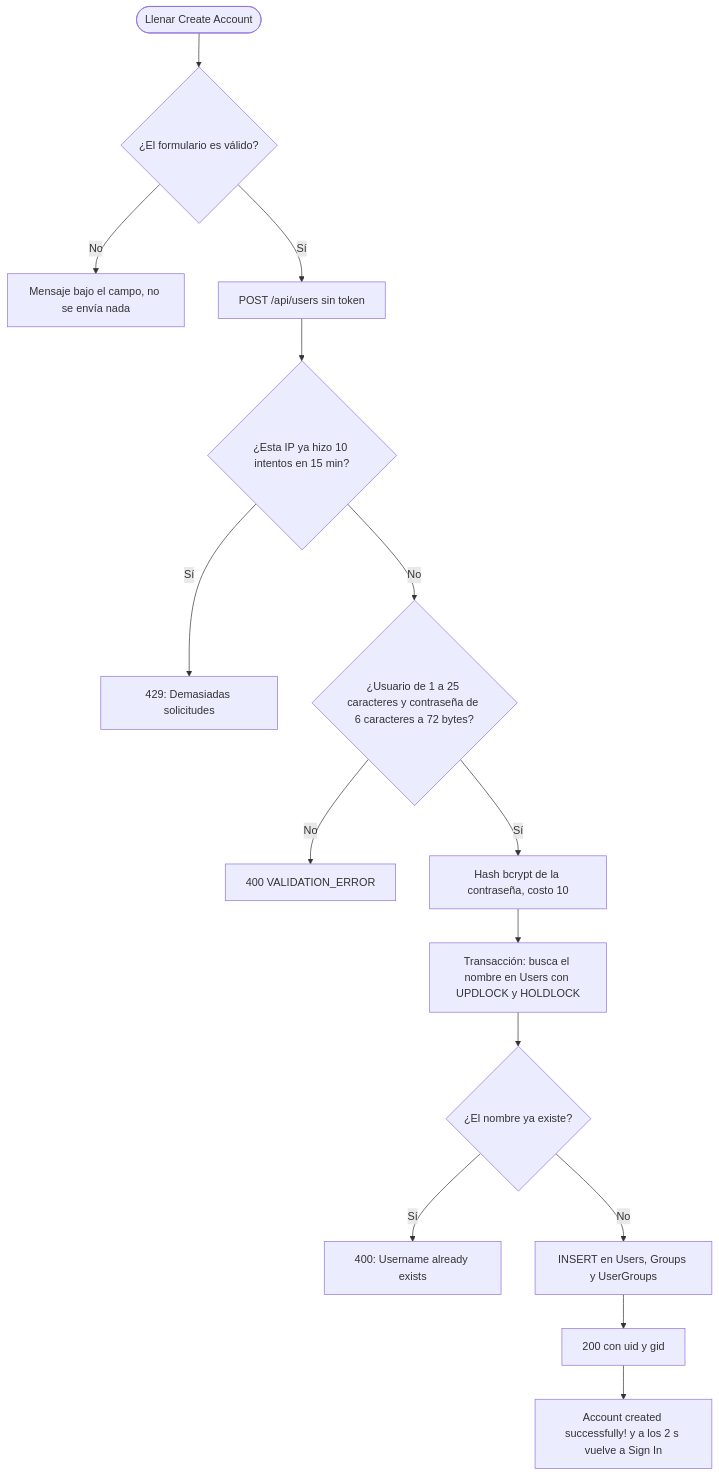
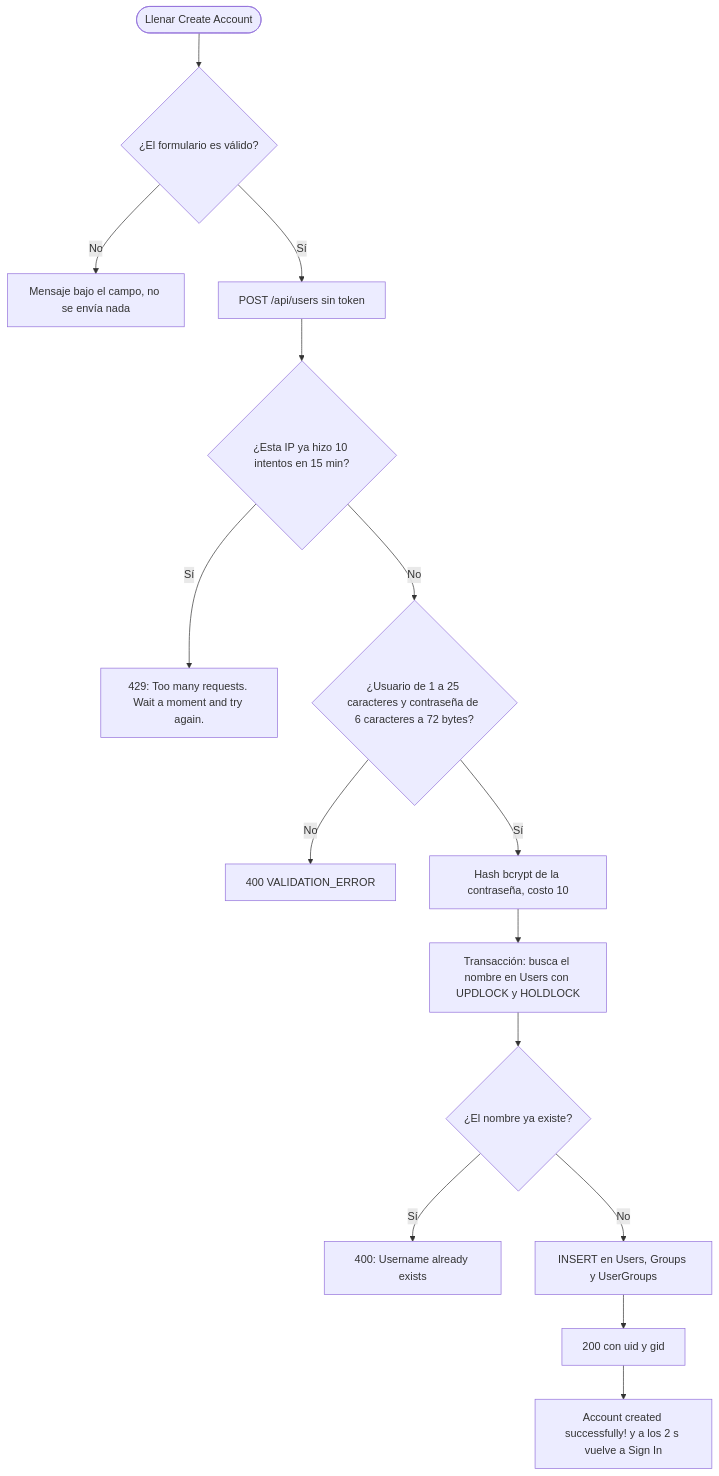
Before and after one commit to PabloP150/proyecto-is-cc6: the second of 3 diagrams in documentacion/06-flujos/01-usuarios-y-acceso.md, drawn with Mermaid. The commit also changed other lines of this file and 204 other files, not shown here.

First line of the commit message:
docs: update all documentation, diagrams and PNGs to the test/e2e state

````diff
--- a/documentacion/06-flujos/01-usuarios-y-acceso.md
+++ b/documentacion/06-flujos/01-usuarios-y-acceso.md
@@ -44,17 +44,17 @@
 ```mermaid
 flowchart TD
     A(["Llenar Create Account"]) --> B{"¿El formulario es válido?"}
     B -->|"No"| B1["Mensaje bajo el campo, no se envía nada"]
     B -->|"Sí"| C["POST /api/users sin token"]
     C --> D{"¿Esta IP ya hizo 10 intentos en 15 min?"}
-    D -->|"Sí"| D1["429: Demasiadas solicitudes"]
+    D -->|"Sí"| D1["429: Too many requests. Wait a moment and try again."]
     D -->|"No"| E{"¿Usuario de 1 a 25 caracteres y contraseña de 6 caracteres a 72 bytes?"}
     E -->|"No"| E1["400 VALIDATION_ERROR"]
     E -->|"Sí"| F["Hash bcrypt de la contraseña, costo 10"]
     F --> G["Transacción: busca el nombre en Users con UPDLOCK y HOLDLOCK"]
     G --> H{"¿El nombre ya existe?"}
     H -->|"Sí"| H1["400: Username already exists"]
     H -->|"No"| I["INSERT en Users, Groups y UserGroups"]
     I --> J["200 con uid y gid"]
     J --> K["Account created successfully! y a los 2 s vuelve a Sign In"]
 ```
````
